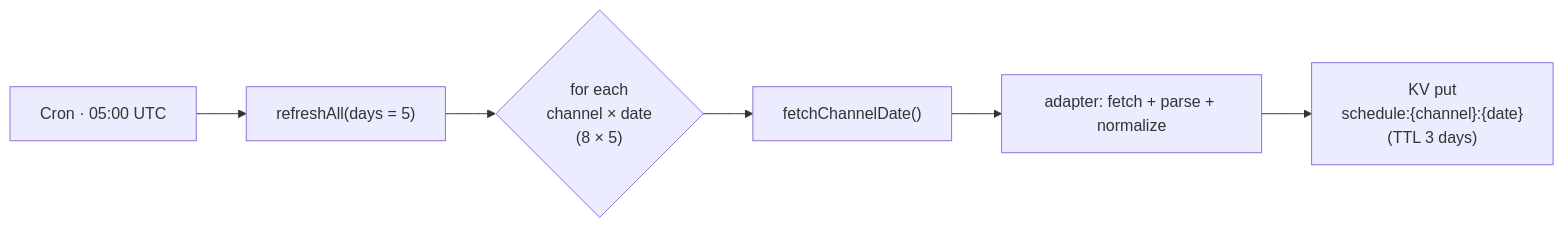
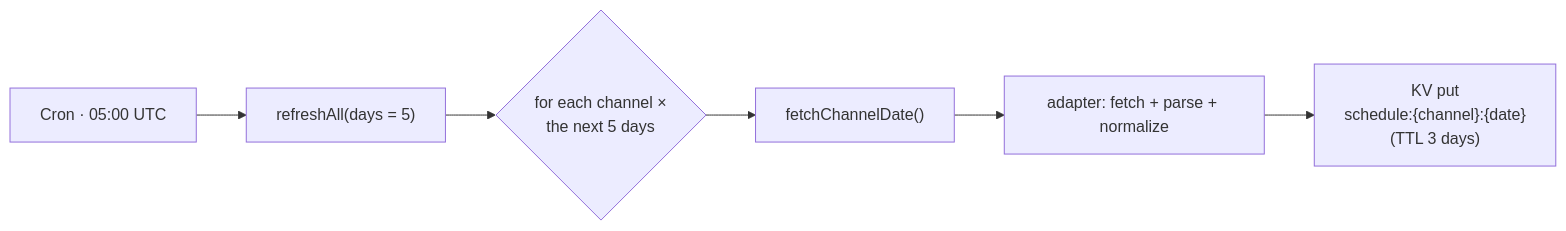
The second of 3 diagrams in README.md (HermannBjorgvin/dagskra), drawn with Mermaid before and after one commit. The commit also changed other lines of this file, not shown here.

First line of the commit message:
docs: refresh README channel coverage; remove Limitations section

````diff
--- a/README.md
+++ b/README.md
@@ -107,8 +115,8 @@
 ```mermaid
 flowchart LR
     Cron["Cron · 05:00 UTC"] --> RA["refreshAll(days = 5)"]
-    RA --> Loop{"for each<br/>channel × date<br/>(8 × 5)"}
+    RA --> Loop{"for each channel ×<br/>the next 5 days"}
     Loop --> FCD["fetchChannelDate()"]
     FCD --> Norm["adapter: fetch + parse + normalize"]
     Norm --> Put["KV put<br/>schedule:{channel}:{date}<br/>(TTL 3 days)"]
 ```
````
